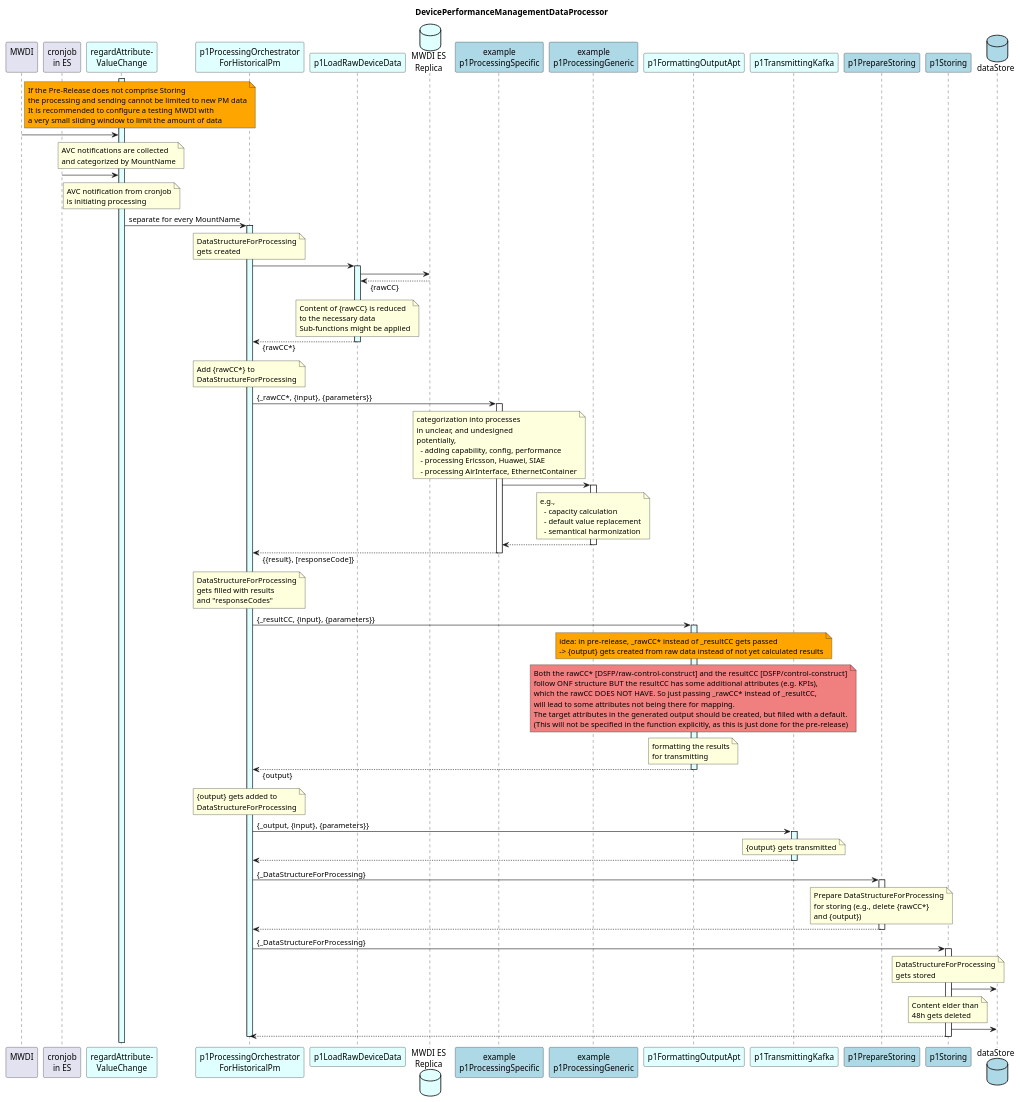
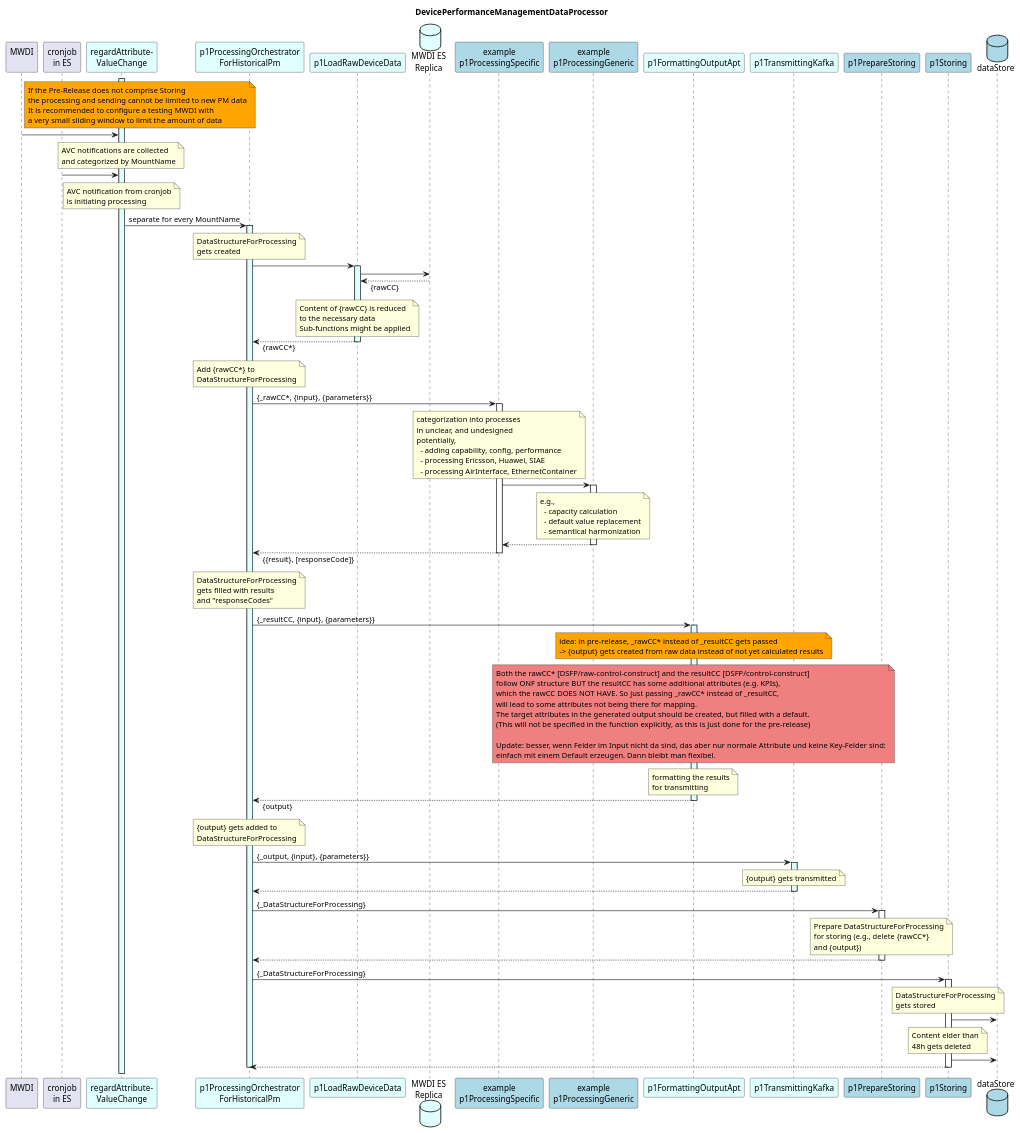
One commit to openBackhaul/DevicePerformanceManagementDataProcessor changed the diagram in spec/diagrams/highlevelOverview/00_hl_overview.plantuml. Above: the diagram before and after it, drawn with PlantUML. The commit also changed 17 other files, not shown here.

```diff
--- a/spec/diagrams/highlevelOverview/00_hl_overview.plantuml
+++ b/spec/diagrams/highlevelOverview/00_hl_overview.plantuml
@@ -1,183 +1,186 @@
 @startuml 00_hl_overview
 skinparam responseMessageBelowArrow true
 
 title
   DevicePerformanceManagementDataProcessor
 end title
 
 participant "MWDI\n" as mwdi
 participant "cronjob\nin ES" as cjes
 participant "regardAttribute-\nValueChange" as rAVC #LightCyan
 
 participant "p1ProcessingOrchestrator\nForHistoricalPm" as p1ProOrch #LightCyan
 
 participant "p1LoadRawDeviceData" as p1AddRaw #LightCyan
 database  "MWDI ES\nReplica" as MwdiEs #LightCyan
 
 participant "example\np1ProcessingSpecific" as p1Specific #LightBlue
 participant "example\np1ProcessingGeneric" as p1Generic #LightBlue
 
 participant "p1FormattingOutputApt" as p1Output #LightCyan
 participant "p1TransmittingKafka" as p1Trans #LightCyan
 
 participant "p1PrepareStoring" as p1PrepStore #LightBlue
 
 participant "p1Storing" as p1Store #LightBlue
 database "dataStore" as db #LightBlue
 
 note right mwdi #Orange
   If the Pre-Release does not comprise Storing
   the processing and sending cannot be limited to new PM data
   It is recommended to configure a testing MWDI with
   a very small sliding window to limit the amount of data  
 end note
 
 activate rAVC #LightCyan
 
 mwdi -> rAVC
 note over rAVC
   AVC notifications are collected
   and categorized by MountName
 end note
 
 cjes -> rAVC
 note over rAVC
   AVC notification from cronjob
   is initiating processing
 end note
 
 rAVC -> p1ProOrch : separate for every MountName
 activate p1ProOrch #LightCyan
 
   note over p1ProOrch
     DataStructureForProcessing
     gets created
   end note
 
   p1ProOrch -> p1AddRaw
   activate p1AddRaw #LightCyan
 
     p1AddRaw -> MwdiEs
     p1AddRaw <-- MwdiEs : {rawCC}
     note over p1AddRaw
       Content of {rawCC} is reduced 
       to the necessary data
       Sub-functions might be applied
     end note
 
   p1ProOrch <-- p1AddRaw : {rawCC*}
   deactivate p1AddRaw
 
   note over p1ProOrch
     Add {rawCC*} to
     DataStructureForProcessing
   end note
 
   p1ProOrch -> p1Specific : {_rawCC*, {input}, {parameters}}
   activate p1Specific
 
     note over p1Specific
       categorization into processes 
       in unclear, and undesigned
       potentially, 
         - adding capability, config, performance
         - processing Ericsson, Huawei, SIAE
         - processing AirInterface, EthernetContainer
     end note
 
     p1Specific -> p1Generic
     activate p1Generic
   
       note over p1Generic
         e.g., 
           - capacity calculation
           - default value replacement
           - semantical harmonization
       end note
 
     p1Specific <-- p1Generic
     deactivate p1Generic
     
   p1ProOrch <-- p1Specific : {{result}, [responseCode]}
   deactivate p1Specific
 
   note over p1ProOrch
     DataStructureForProcessing
     gets filled with results
     and "responseCodes"
   end note
 
   p1ProOrch -> p1Output : {_resultCC, {input}, {parameters}}
   activate p1Output #LightCyan
 
     note over p1Output #Orange
       idea: in pre-release, _rawCC* instead of _resultCC gets passed
       -> {output} gets created from raw data instead of not yet calculated results
     end note
     note over p1Output #LightCoral
       Both the rawCC* [DSFP/raw-control-construct] and the resultCC [DSFP/control-construct]
       follow ONF structure BUT the resultCC has some additional attributes (e.g. KPIs),
       which the rawCC DOES NOT HAVE. So just passing _rawCC* instead of _resultCC,
       will lead to some attributes not being there for mapping.
       The target attributes in the generated output should be created, but filled with a default.
       (This will not be specified in the function explicitly, as this is just done for the pre-release)
+
+      Update: besser, wenn Felder im Input nicht da sind, das aber nur normale Attribute und keine Key-Felder sind:
+      einfach mit einem Default erzeugen. Dann bleibt man flexibel.
     end note
 
     note over p1Output
       formatting the results
       for transmitting
     end note
 
   p1ProOrch <-- p1Output : {output}
   deactivate p1Output
 
   note over p1ProOrch
     {output} gets added to
     DataStructureForProcessing
   end note
 
   p1ProOrch -> p1Trans : {_output, {input}, {parameters}}
   activate p1Trans #LightCyan
 
     note over p1Trans
       {output} gets transmitted
     end note
 
   p1ProOrch <-- p1Trans
   deactivate p1Trans
 
   p1ProOrch -> p1PrepStore : {_DataStructureForProcessing}
   activate p1PrepStore
 
     note over p1PrepStore
       Prepare DataStructureForProcessing
       for storing (e.g., delete {rawCC*}
       and {output})
     end note
 
   p1ProOrch <-- p1PrepStore
   deactivate p1PrepStore
 
   p1ProOrch -> p1Store : {_DataStructureForProcessing}
   activate p1Store
 
     note over p1Store
       DataStructureForProcessing
       gets stored
     end note
 
     p1Store -> db
 
     note over p1Store
       Content elder than
       48h gets deleted
     end note
 
     p1Store -> db
 
   p1ProOrch <-- p1Store
   deactivate p1Store
 
 deactivate p1ProOrch
 
 @enduml
```
